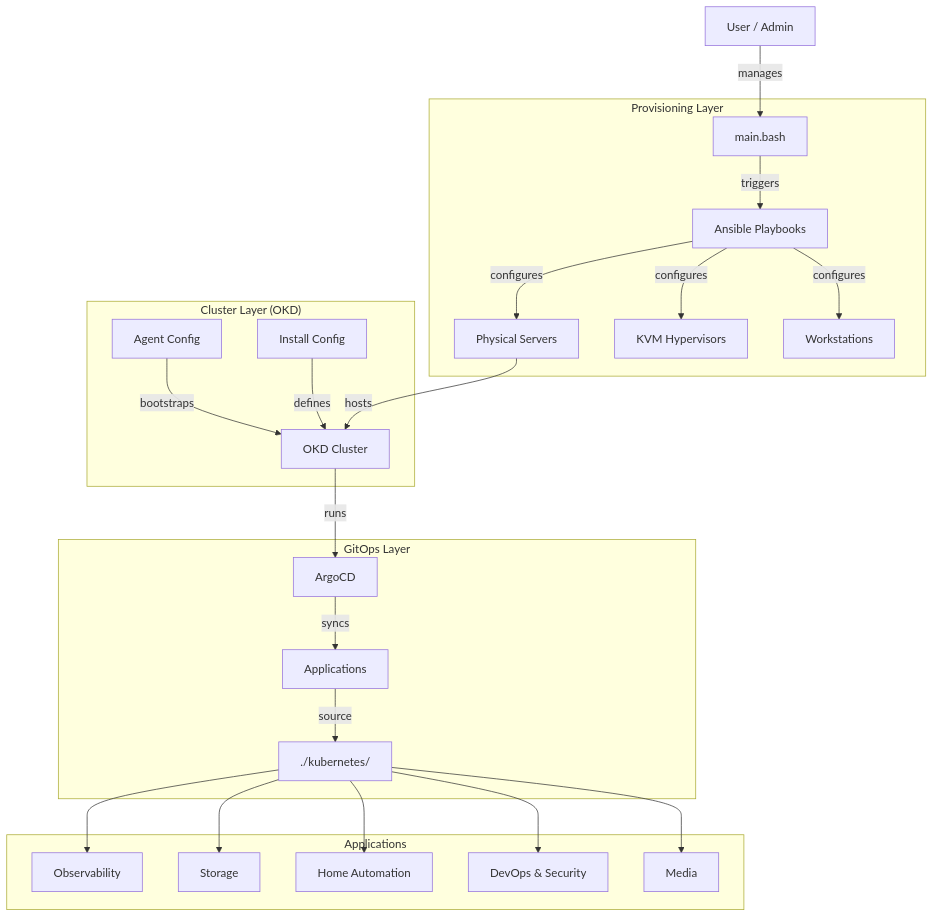
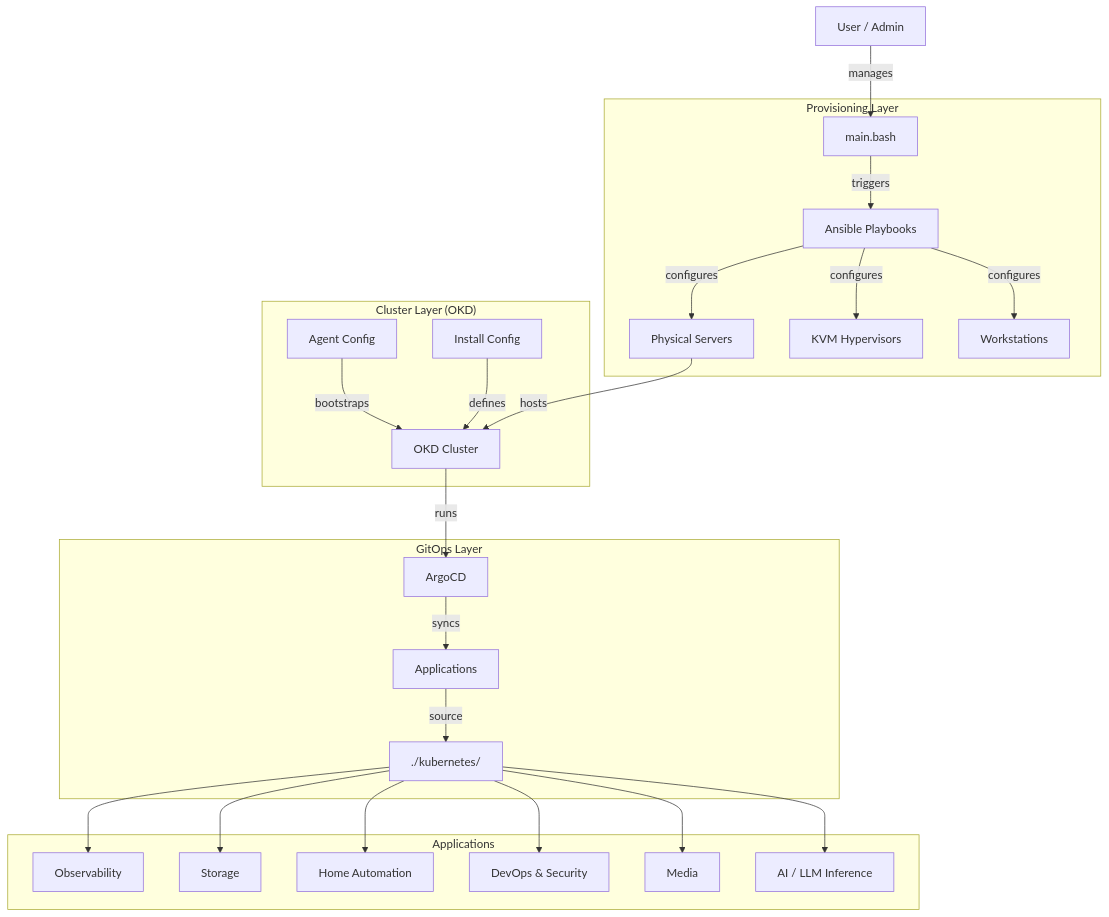
One commit to ArthurVardevanyan/HomeLab changed the first of 2 diagrams in README.md. Above: the diagram before and after it, drawn with Mermaid. The commit also changed other lines of this file and 105 other files, not shown here.

Commit message:
feat(gpu): onboard Intel Arc B70 node and migrate LLM inference to llama.cpp Vulkan (#611)

````diff
--- a/README.md
+++ b/README.md
@@ -41,32 +41,33 @@
 ```mermaid
 graph TD
     User[User / Admin] -->|manages| MainScript[main.bash]
 
     subgraph "Provisioning Layer"
         MainScript -->|triggers| Ansible[Ansible Playbooks]
         Ansible -->|configures| BareMetal[Physical Servers]
         Ansible -->|configures| KVM[KVM Hypervisors]
         Ansible -->|configures| Desktops[Workstations]
     end
 
     subgraph "Cluster Layer (OKD)"
         AgentConfig[Agent Config] -->|bootstraps| OKD[OKD Cluster]
         InstallConfig[Install Config] -->|defines| OKD
         BareMetal -->|hosts| OKD
     end
 
     subgraph "GitOps Layer"
         OKD -->|runs| ArgoCD[ArgoCD]
         ArgoCD -->|syncs| Apps[Applications]
 
         Apps -->|source| K8sDir[./kubernetes/]
     end
 
     subgraph "Applications"
         K8sDir --> Monitoring[Observability]
         K8sDir --> Storage[Storage]
         K8sDir --> HomeAuto[Home Automation]
         K8sDir --> DevTools[DevOps & Security]
         K8sDir --> Media[Media]
+        K8sDir --> AI[AI / LLM Inference]
     end
 ```
````
